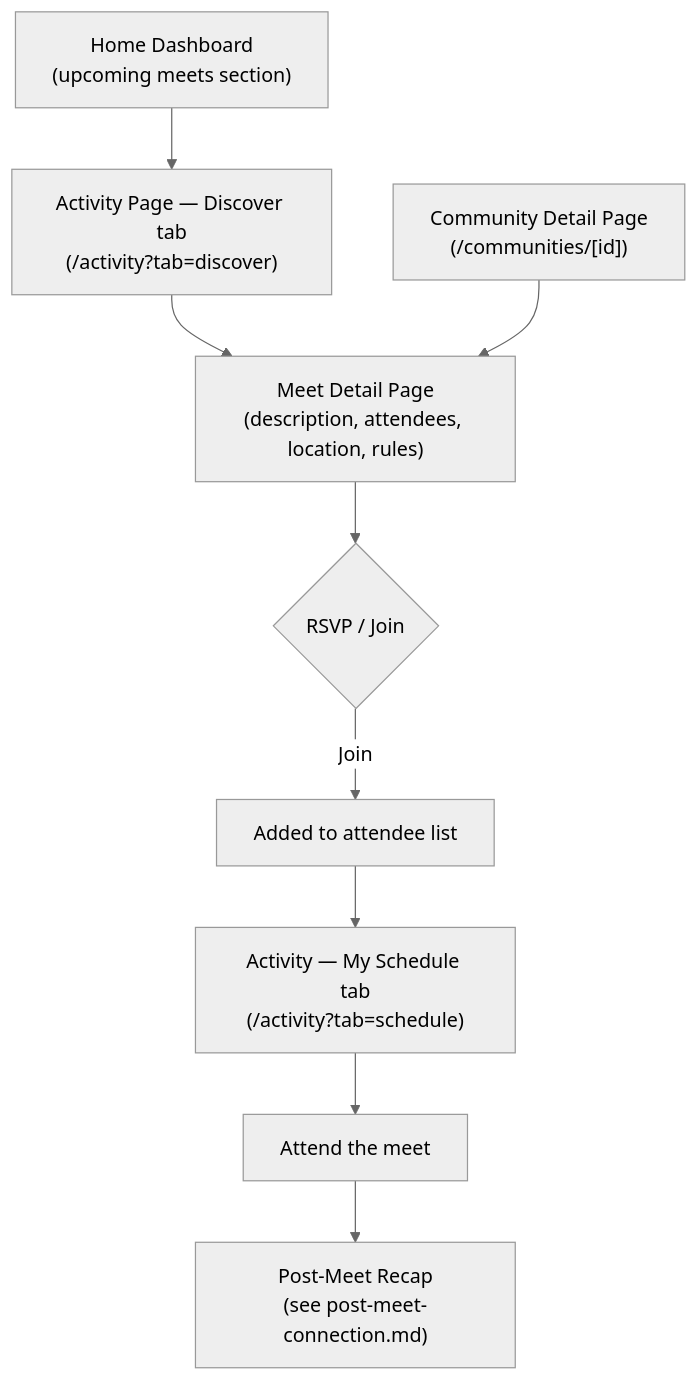
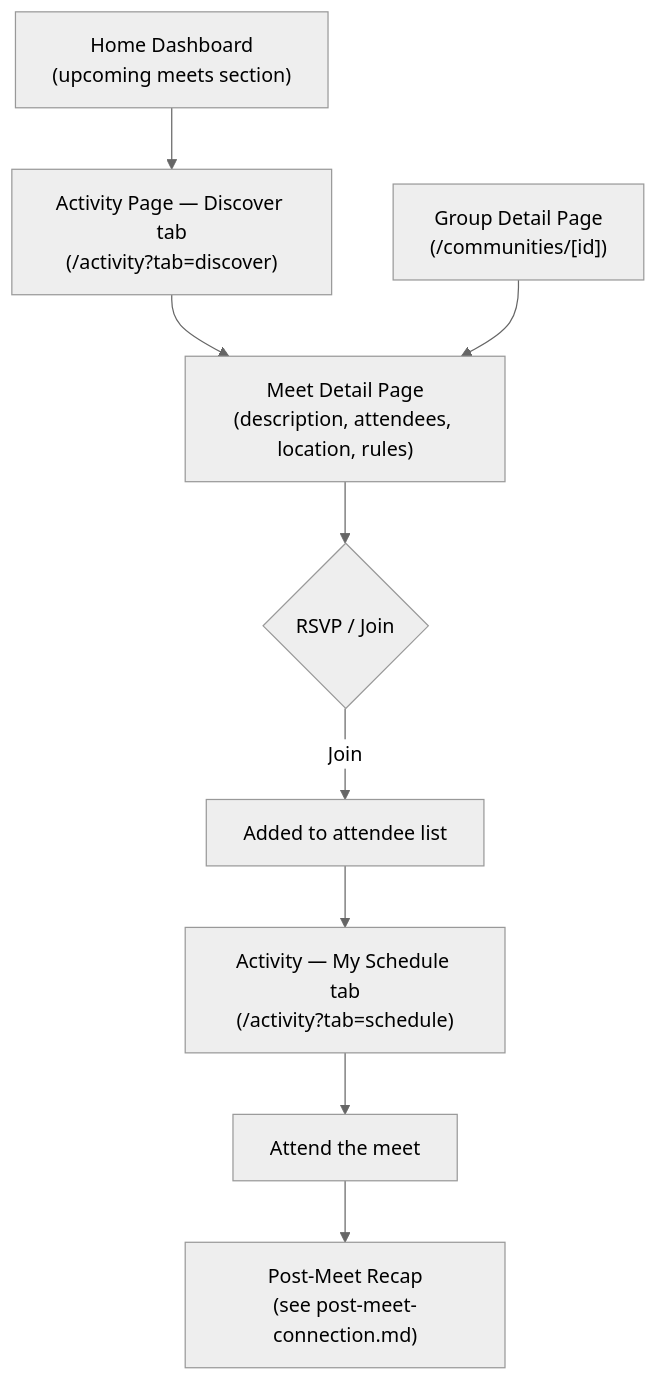
Before and after one commit to ShawnTalvacchia/doggo: the diagram in docs/flows/meet-discovery.md, drawn with Mermaid (neutral theme). The commit also changed other lines of this file and 12 other files, not shown here.

````diff
--- a/docs/flows/meet-discovery.md
+++ b/docs/flows/meet-discovery.md
@@ -10,12 +10,12 @@
 ```mermaid
 flowchart TD
     A["Home Dashboard\n(upcoming meets section)"] --> B["Activity Page — Discover tab\n(/activity?tab=discover)"]
     B --> C["Meet Detail Page\n(description, attendees, location, rules)"]
     C --> D{"RSVP / Join"}
     D -->|Join| E["Added to attendee list"]
     E --> F["Activity — My Schedule tab\n(/activity?tab=schedule)"]
     F --> G["Attend the meet"]
     G --> H["Post-Meet Recap\n(see post-meet-connection.md)"]
 
-    I["Community Detail Page\n(/communities/[id])"] --> C
+    I["Group Detail Page\n(/communities/[id])"] --> C
 ```
````
